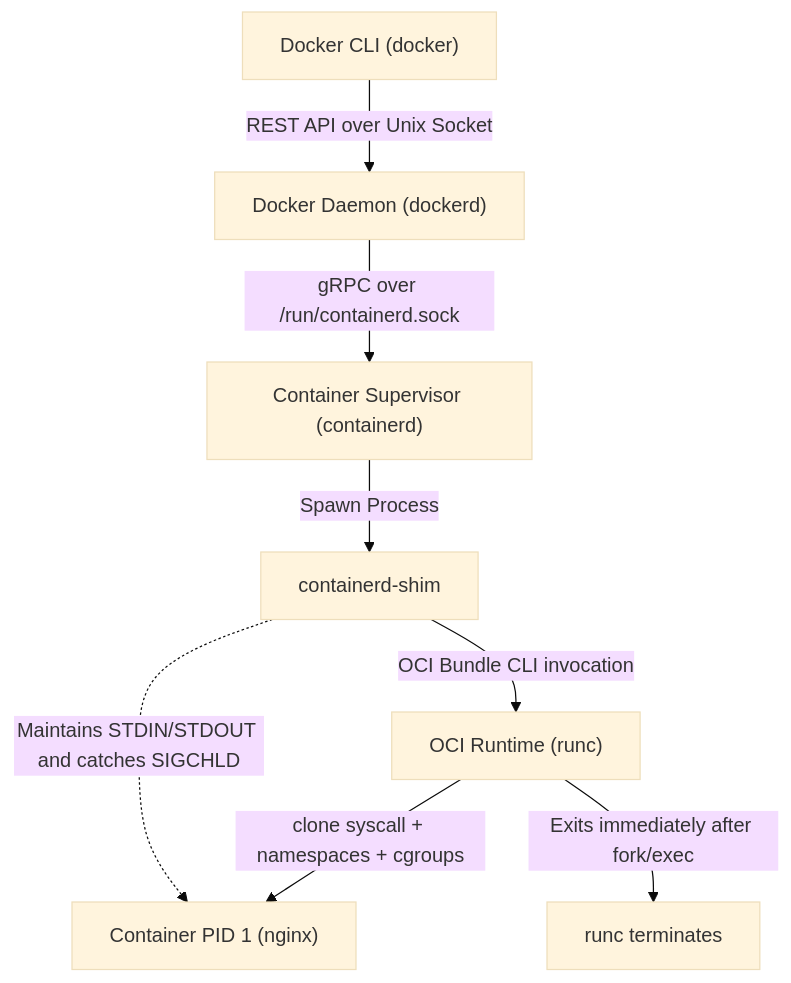
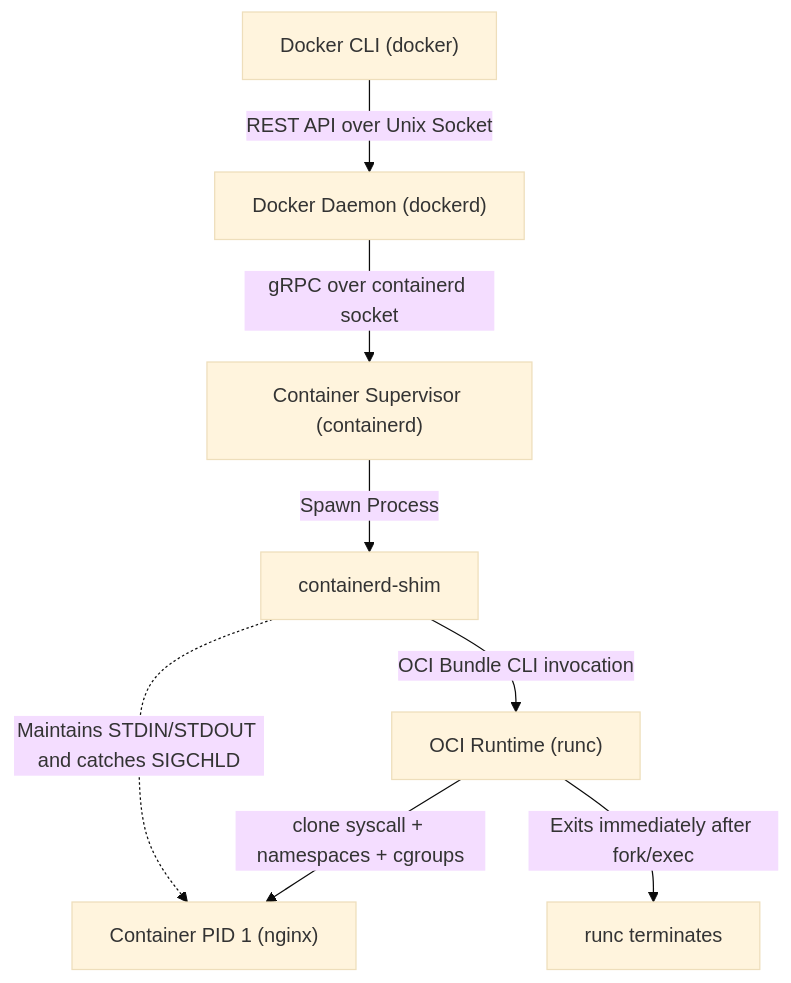
Before and after one commit to manthanank/learn-docker: the first of 2 diagrams in README.md, drawn with Mermaid (base theme). The commit also changed other lines of this file, not shown here.

````diff
--- a/README.md
+++ b/README.md
@@ -114,10 +621,10 @@
 ```mermaid
 flowchart TD
     CLI["Docker CLI (docker)"] -->|REST API over Unix Socket| Dockerd["Docker Daemon (dockerd)"]
-    Dockerd -->|gRPC over /run/containerd.sock| Containerd["Container Supervisor (containerd)"]
+    Dockerd -->|gRPC over containerd socket| Containerd["Container Supervisor (containerd)"]
     Containerd -->|Spawn Process| Shim["containerd-shim"]
     Shim -->|OCI Bundle CLI invocation| Runc["OCI Runtime (runc)"]
     Runc -->|clone syscall + namespaces + cgroups| ContainerProc["Container PID 1 (nginx)"]
     Runc -->|Exits immediately after fork/exec| RuncExit["runc terminates"]
     Shim -.->|Maintains STDIN/STDOUT and catches SIGCHLD| ContainerProc
 ```
````
